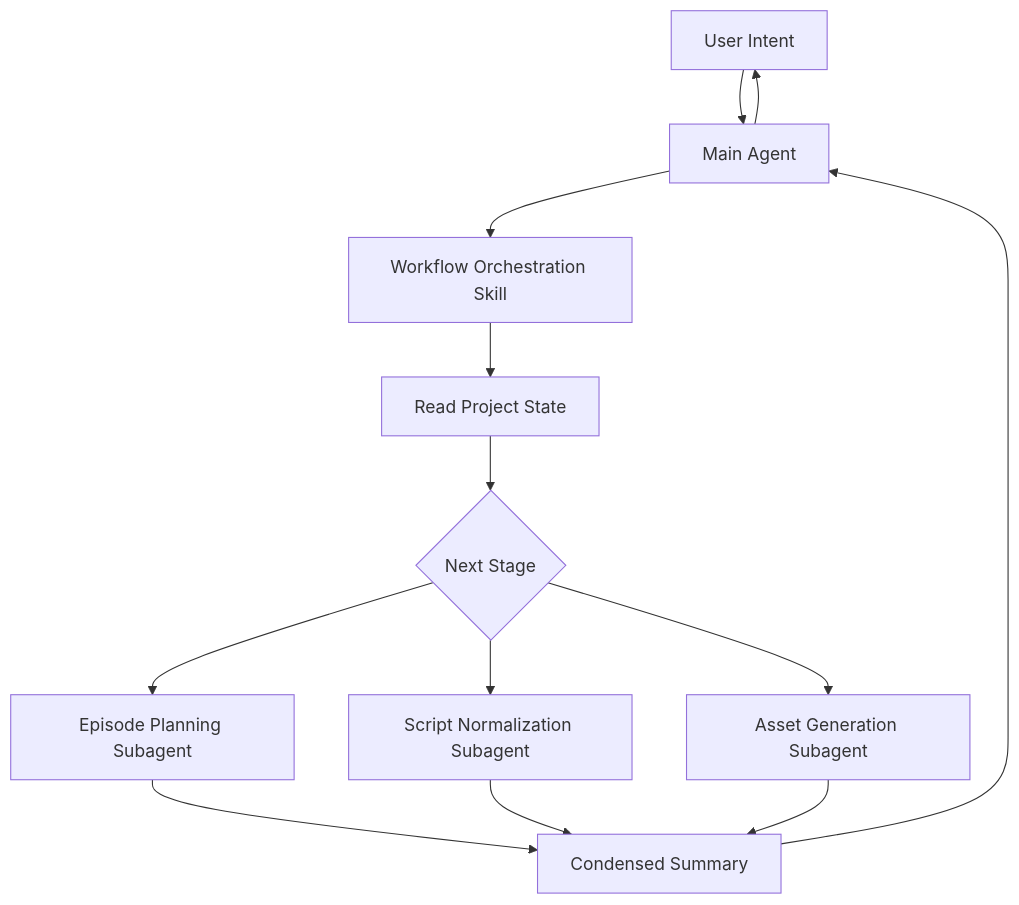
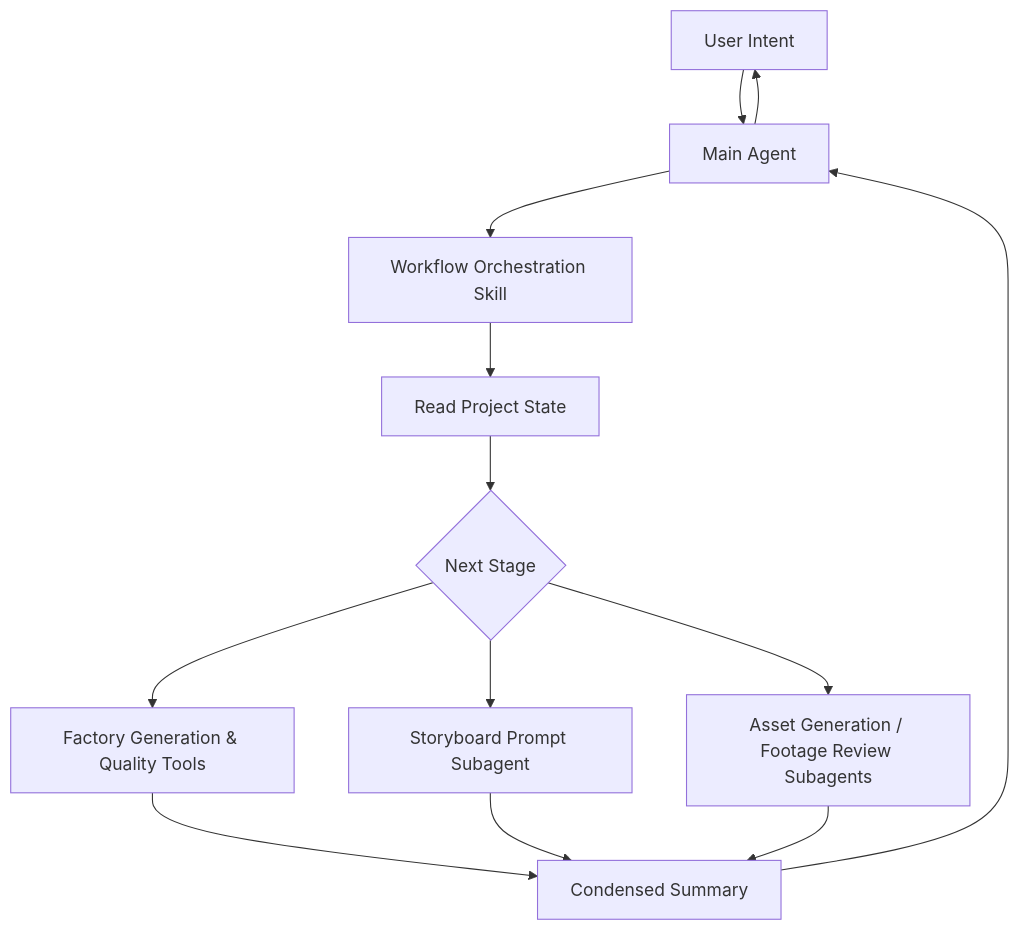
The second of 3 diagrams in website/i18n/en/docusaurus-plugin-content-docs/current/dev/architecture.md (myvivk/ArcReel-main), drawn with Mermaid before and after one commit. The commit also changed other lines of this file and 753 other files, not shown here.

````diff
--- a/website/i18n/en/docusaurus-plugin-content-docs/current/dev/architecture.md
+++ b/website/i18n/en/docusaurus-plugin-content-docs/current/dev/architecture.md
@@ -92,15 +92,15 @@
 ```mermaid
 flowchart TD
     U["User Intent"] --> MAIN["Main Agent"]
     MAIN --> SKILL["Workflow Orchestration Skill"]
     SKILL --> STATE["Read Project State"]
     STATE --> DECIDE{"Next Stage"}
-    DECIDE --> B["Episode Planning Subagent"]
-    DECIDE --> C["Script Normalization Subagent"]
-    DECIDE --> D["Asset Generation Subagent"]
+    DECIDE --> B["Factory Generation & Quality Tools"]
+    DECIDE --> C["Storyboard Prompt Subagent"]
+    DECIDE --> D["Asset Generation / Footage Review Subagents"]
     B --> SUMMARY["Condensed Summary"]
     C --> SUMMARY
     D --> SUMMARY
     SUMMARY --> MAIN
     MAIN --> U
 ```
````
